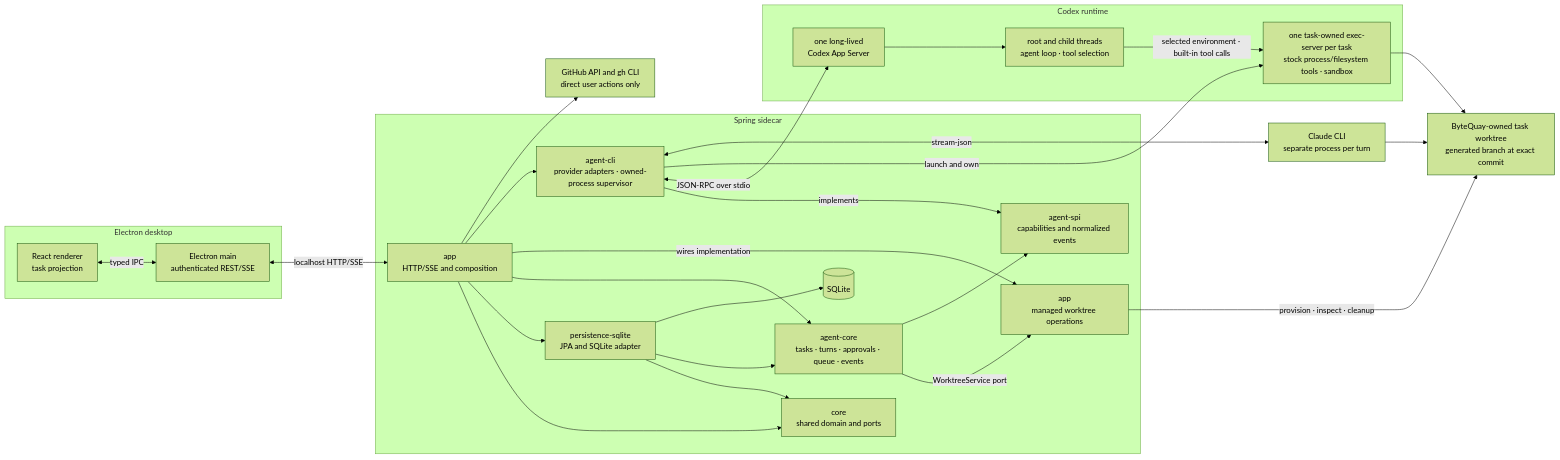
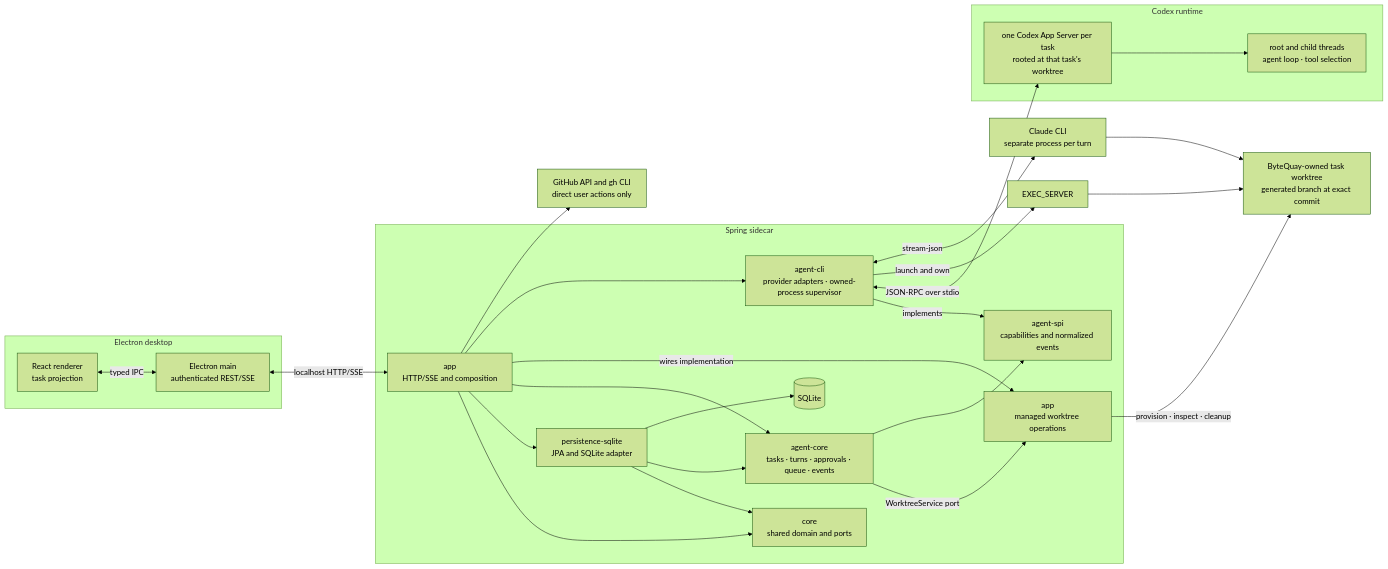
One commit to bytequay/bytequay changed the diagram in docs/design/architecture.md. Above: the diagram before and after it, drawn with Mermaid (forest theme). The commit also changed other lines of this file and 18 other files, not shown here.

First line of the commit message:
Run one Codex App Server per task

````diff
--- a/docs/design/architecture.md
+++ b/docs/design/architecture.md
@@ -47,52 +47,50 @@
 ```mermaid
 flowchart LR
     subgraph DESKTOP["Electron desktop"]
         RENDERER["React renderer<br/>task projection"]
         MAIN["Electron main<br/>authenticated REST/SSE"]
         RENDERER <-->|"typed IPC"| MAIN
     end
 
     subgraph BACKEND["Spring sidecar"]
         APP["app<br/>HTTP/SSE and composition"]
         CORE["core<br/>shared domain and ports"]
         DB["persistence-sqlite<br/>JPA and SQLite adapter"]
         AGENT_CORE["agent-core<br/>tasks · turns · approvals · queue · events"]
         WORKTREES["app<br/>managed worktree operations"]
         AGENT_CLI["agent-cli<br/>provider adapters · owned-process supervisor"]
         AGENT_SPI["agent-spi<br/>capabilities and normalized events"]
         SQLITE[("SQLite")]
 
         APP --> CORE
         APP --> DB
         APP --> AGENT_CORE
         APP -->|"wires implementation"| WORKTREES
         APP --> AGENT_CLI
         AGENT_CORE -->|"WorktreeService port"| WORKTREES
         DB --> CORE
         DB --> AGENT_CORE
         DB --> SQLITE
         AGENT_CORE --> AGENT_SPI
         AGENT_CLI -->|"implements"| AGENT_SPI
     end
 
     subgraph CODEX["Codex runtime"]
-        APP_SERVER["one long-lived<br/>Codex App Server"]
+        APP_SERVER["one Codex App Server per task<br/>rooted at that task's worktree"]
         THREADS["root and child threads<br/>agent loop · tool selection"]
-        EXEC_SERVER["one task-owned exec-server per task<br/>stock process/filesystem tools · sandbox"]
         APP_SERVER --> THREADS
-        THREADS -->|"selected environment · built-in tool calls"| EXEC_SERVER
     end
 
     CLAUDE["Claude CLI<br/>separate process per turn"]
     WORKTREE["ByteQuay-owned task worktree<br/>generated branch at exact commit"]
     GITHUB["GitHub API and gh CLI<br/>direct user actions only"]
 
     MAIN <-->|"localhost HTTP/SSE"| APP
     APP --> GITHUB
     AGENT_CLI <-->|"JSON-RPC over stdio"| APP_SERVER
     AGENT_CLI -->|"launch and own"| EXEC_SERVER
     AGENT_CLI <-->|"stream-json"| CLAUDE
     WORKTREES -->|"provision · inspect · cleanup"| WORKTREE
     EXEC_SERVER --> WORKTREE
     CLAUDE --> WORKTREE
 ```
````
